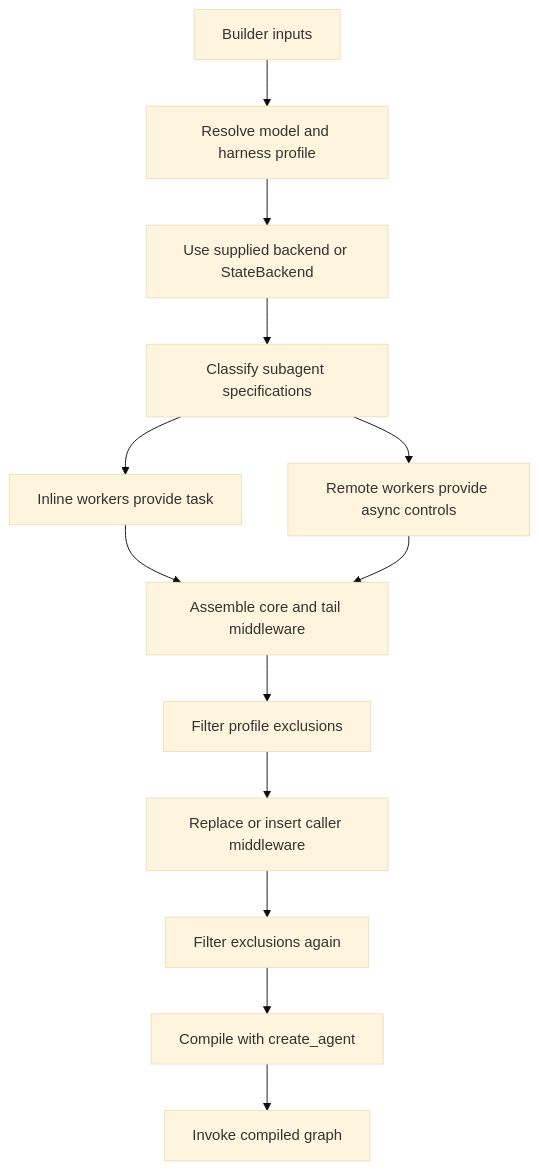
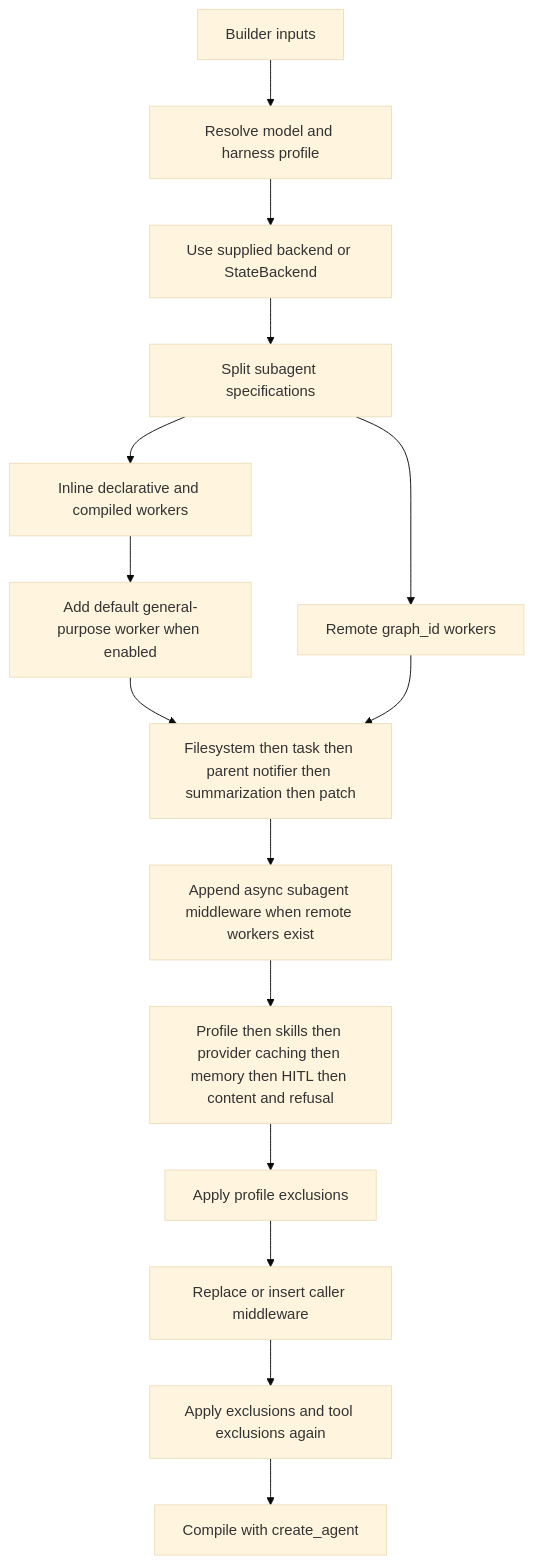
The diagram in openwiki/workflows/build-a-deep-agent.md (langchain-ai/deepagents), drawn with Mermaid (base theme) before and after one commit. The commit also changed other lines of this file and 30 other files, not shown here.

````diff
--- a/openwiki/workflows/build-a-deep-agent.md
+++ b/openwiki/workflows/build-a-deep-agent.md
@@ -66,15 +72,17 @@
 ```mermaid
 flowchart TD
     Input["Builder inputs"] --> Resolve["Resolve model and harness profile"]
     Resolve --> Backend["Use supplied backend or StateBackend"]
-    Backend --> Classify["Classify subagent specifications"]
-    Classify --> Sync["Inline workers provide task"]
-    Classify --> Remote["Remote workers provide async controls"]
-    Sync --> Assemble["Assemble core and tail middleware"]
-    Remote --> Assemble
-    Assemble --> Filter["Filter profile exclusions"]
+    Backend --> Classify["Split subagent specifications"]
+    Classify --> Inline["Inline declarative and compiled workers"]
+    Classify --> Async["Remote graph_id workers"]
+    Inline --> General["Add default general-purpose worker when enabled"]
+    General --> Core["Filesystem then task then parent notifier then summarization then patch"]
+    Async --> Core
+    Core --> AsyncSlot["Append async subagent middleware when remote workers exist"]
+    AsyncSlot --> Tail["Profile then skills then provider caching then memory then HITL then content and refusal"]
+    Tail --> Filter["Apply profile exclusions"]
     Filter --> Merge["Replace or insert caller middleware"]
-    Merge --> Refilter["Filter exclusions again"]
+    Merge --> Refilter["Apply exclusions and tool exclusions again"]
     Refilter --> Compile["Compile with create_agent"]
-    Compile --> Invoke["Invoke compiled graph"]
 ```
````
